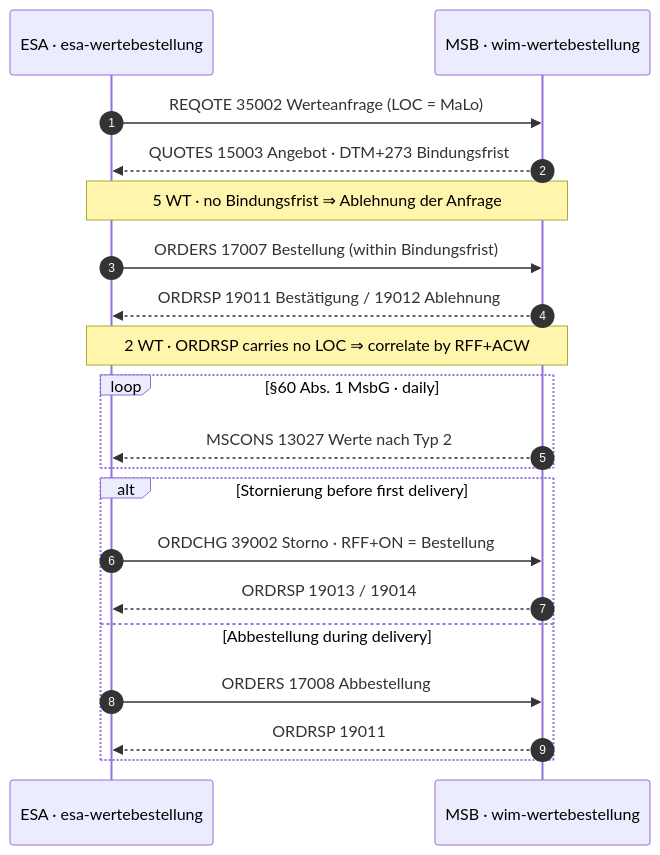
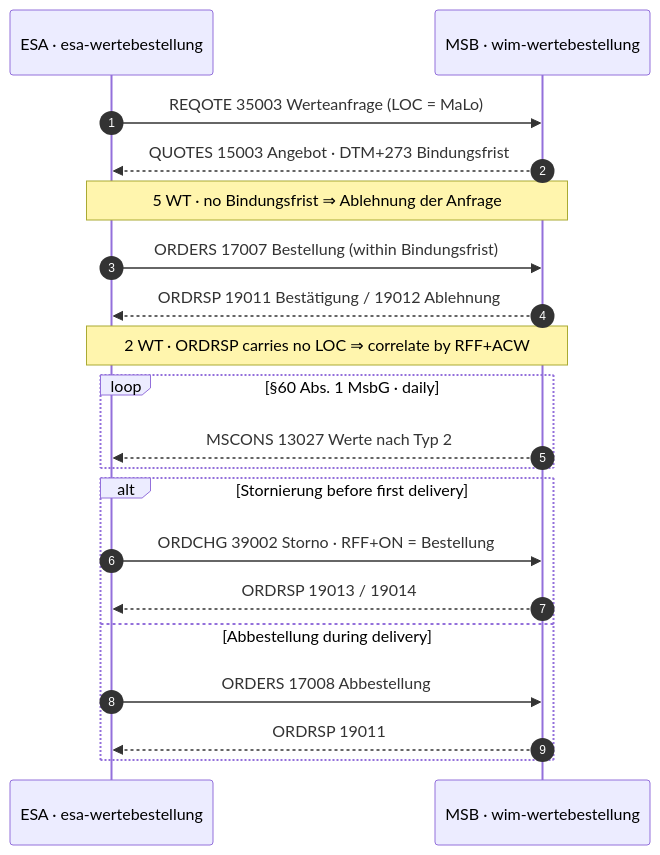
One commit to hupe1980/mako changed the third of 9 diagrams in site/content/docs/reference/processes.md. Above: the diagram before and after it, drawn with Mermaid. The commit also changed other lines of this file and 91 other files, not shown here.

````diff
--- a/site/content/docs/reference/processes.md
+++ b/site/content/docs/reference/processes.md
@@ -546,22 +546,22 @@
 ```mermaid
 sequenceDiagram
     autonumber
     participant ESA as ESA · esa-wertebestellung
     participant MSB as MSB · wim-wertebestellung
-    ESA->>MSB: REQOTE 35002 Werteanfrage (LOC = MaLo)
+    ESA->>MSB: REQOTE 35003 Werteanfrage (LOC = MaLo)
     MSB-->>ESA: QUOTES 15003 Angebot · DTM+273 Bindungsfrist
     Note over ESA,MSB: 5 WT · no Bindungsfrist ⇒ Ablehnung der Anfrage
     ESA->>MSB: ORDERS 17007 Bestellung (within Bindungsfrist)
     MSB-->>ESA: ORDRSP 19011 Bestätigung / 19012 Ablehnung
     Note over ESA,MSB: 2 WT · ORDRSP carries no LOC ⇒ correlate by RFF+ACW
     loop §60 Abs. 1 MsbG · daily
         MSB-->>ESA: MSCONS 13027 Werte nach Typ 2
     end
     alt Stornierung before first delivery
         ESA->>MSB: ORDCHG 39002 Storno · RFF+ON = Bestellung
         MSB-->>ESA: ORDRSP 19013 / 19014
     else Abbestellung during delivery
         ESA->>MSB: ORDERS 17008 Abbestellung
         MSB-->>ESA: ORDRSP 19011
     end
 ```
````
